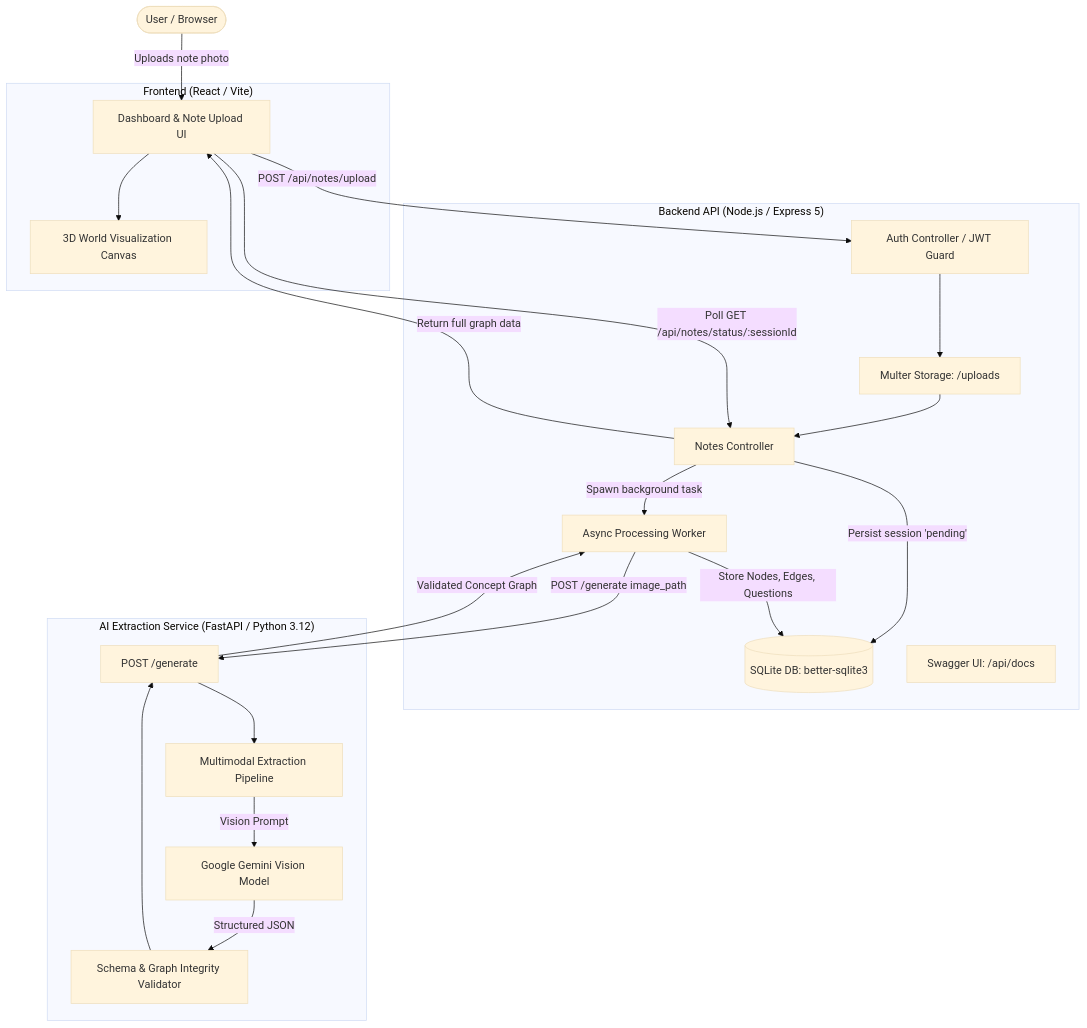
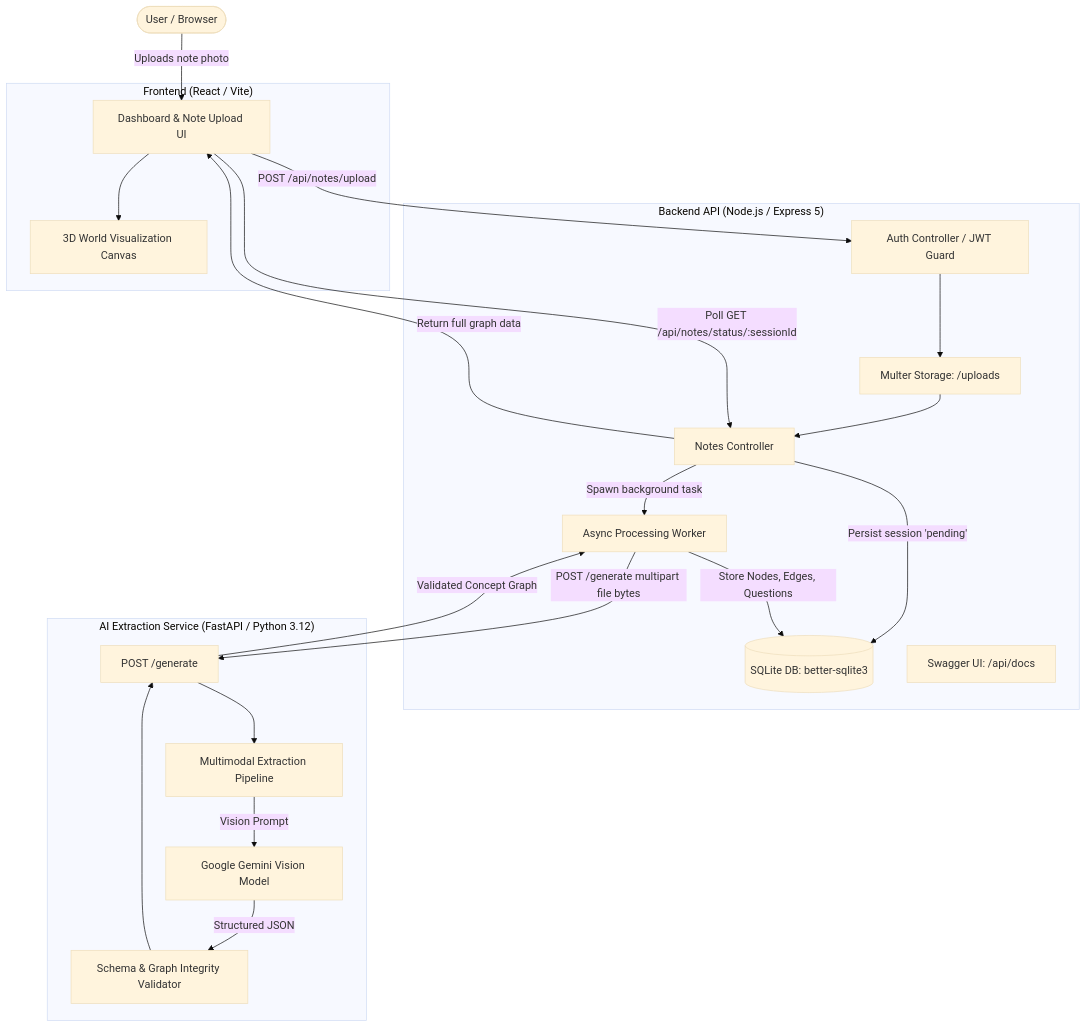
One commit to wyyyrdx/Syntropy changed the diagram in README.md. Above: the diagram before and after it, drawn with Mermaid (base theme). The commit also changed other lines of this file and 16 other files, not shown here.

````diff
--- a/README.md
+++ b/README.md
@@ -30,42 +30,42 @@
 ```mermaid
 flowchart TD
     User([User / Browser])
     
     subgraph Frontend ["Frontend (React / Vite)"]
         UI[Dashboard & Note Upload UI]
         World[3D World Visualization Canvas]
     end
 
     subgraph Backend ["Backend API (Node.js / Express 5)"]
         Auth[Auth Controller / JWT Guard]
         Upload[Multer Storage: /uploads]
         NoteCtrl[Notes Controller]
         Worker[Async Processing Worker]
         DB[(SQLite DB: better-sqlite3)]
         Swagger[Swagger UI: /api/docs]
     end
 
     subgraph AIService ["AI Extraction Service (FastAPI / Python 3.12)"]
         FastAPIApp[POST /generate]
         PromptPipeline[Multimodal Extraction Pipeline]
         PydanticSchema[Schema & Graph Integrity Validator]
         Gemini[Google Gemini Vision Model]
     end
 
     User -->|Uploads note photo| UI
     UI -->|POST /api/notes/upload| Auth
     Auth --> Upload
     Upload --> NoteCtrl
     NoteCtrl -->|Persist session 'pending'| DB
     NoteCtrl -->|Spawn background task| Worker
-    Worker -->|POST /generate image_path| FastAPIApp
+    Worker -->|POST /generate multipart file bytes| FastAPIApp
     FastAPIApp --> PromptPipeline
     PromptPipeline -->|Vision Prompt| Gemini
     Gemini -->|Structured JSON| PydanticSchema
     PydanticSchema --> FastAPIApp
     FastAPIApp -->|Validated Concept Graph| Worker
     Worker -->|Store Nodes, Edges, Questions| DB
     UI -->|Poll GET /api/notes/status/:sessionId| NoteCtrl
     NoteCtrl -->|Return full graph data| UI
     UI --> World
 ```
````
